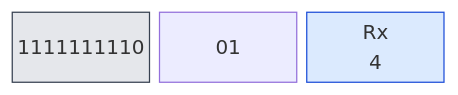
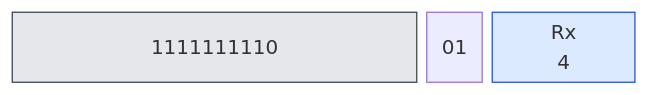
One commit to olfp/Deep16 changed diagram 27 of 32 in book/kap03.md. Above: the diagram before and after it, drawn with Mermaid. The commit also changed other lines of this file and 1 other file, not shown here.

Commit message:
book(kap03): alle 32 Befehlsdiagramme auf 31-Spalten-Layout normiert

````diff
--- a/book/kap03.md
+++ b/book/kap03.md
@@ -910,15 +910,15 @@
 ```mermaid
 block-beta
-  columns 3
+  columns 31
   classDef op fill:#e5e7eb,stroke:#374151
   classDef reg fill:#dbeafe,stroke:#1d4ed8
   classDef imm fill:#fef3c7,stroke:#b45309
   classDef off fill:#dcfce7,stroke:#15803d
   classDef seg fill:#ede9fe,stroke:#6d28d9
   classDef all fill:#fee2e2,stroke:#b91c1c
-  b0["1111111110"]:1
-  b1["01"]:1
-  b2["Rx<br/>4"]:1
+  b0["1111111110"]:19
+  b1["01"]:3
+  b2["Rx<br/>4"]:7
   class b0 b1 op
   class b2 reg
 ```
````
